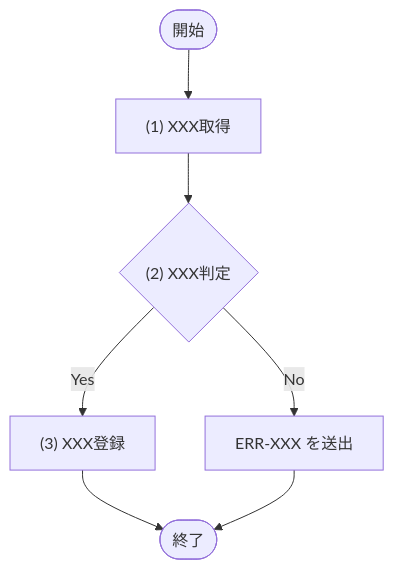
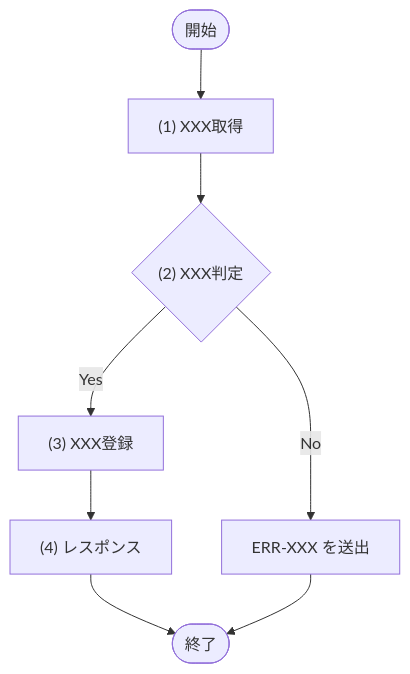
Before and after one commit to sikakou54/system-document-template: the diagram in template/02_機能設計/05_モジュール設計/テンプレート_モジュール.md, drawn with Mermaid. The commit also changed other lines of this file and 128 other files, not shown here.

````diff
--- a/template/02_機能設計/05_モジュール設計/テンプレート_モジュール.md
+++ b/template/02_機能設計/05_モジュール設計/テンプレート_モジュール.md
@@ -91,13 +144,14 @@
 ```mermaid
 flowchart TD
   Start([開始])
   P1["(1) XXX取得"]
   D1{"(2) XXX判定"}
   P2["(3) XXX登録"]
   E1["ERR-XXX を送出"]
+  P3["(4) レスポンス"]
   End([終了])
 
   Start --> P1 --> D1
-  D1 -- "Yes" --> P2 --> End
+  D1 -- "Yes" --> P2 --> P3 --> End
   D1 -- "No" --> E1 --> End
 ```
````
